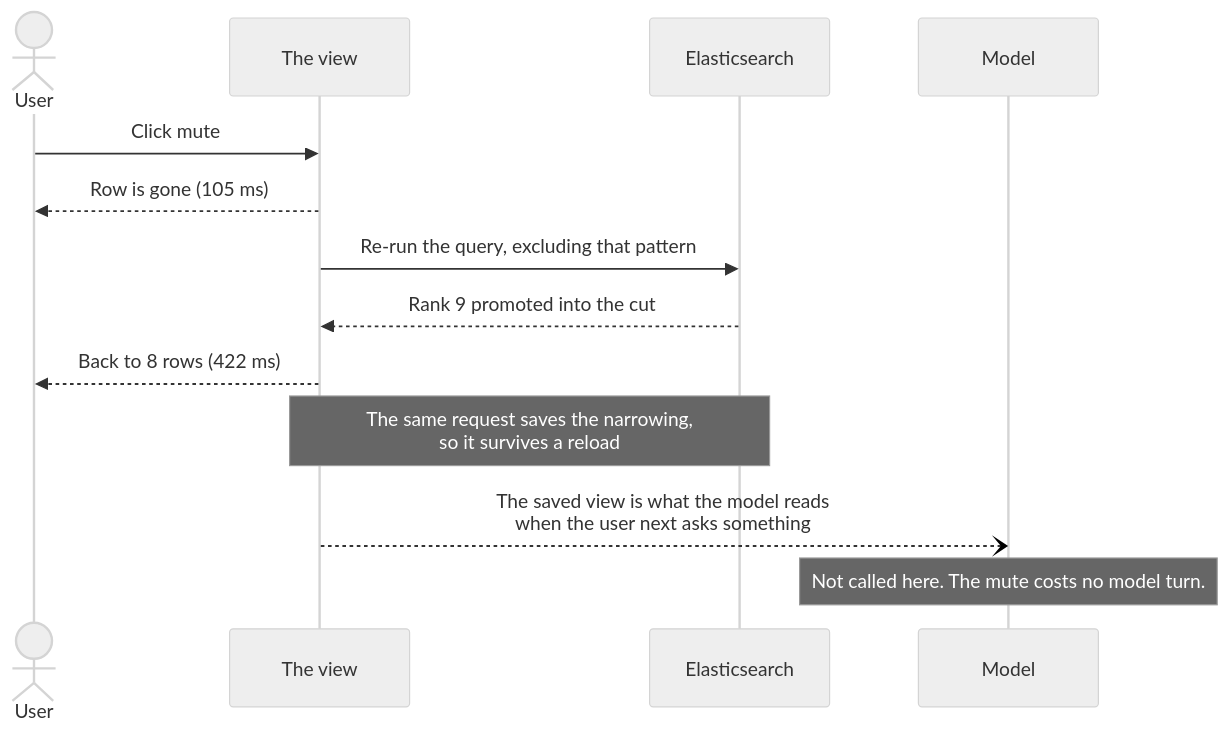
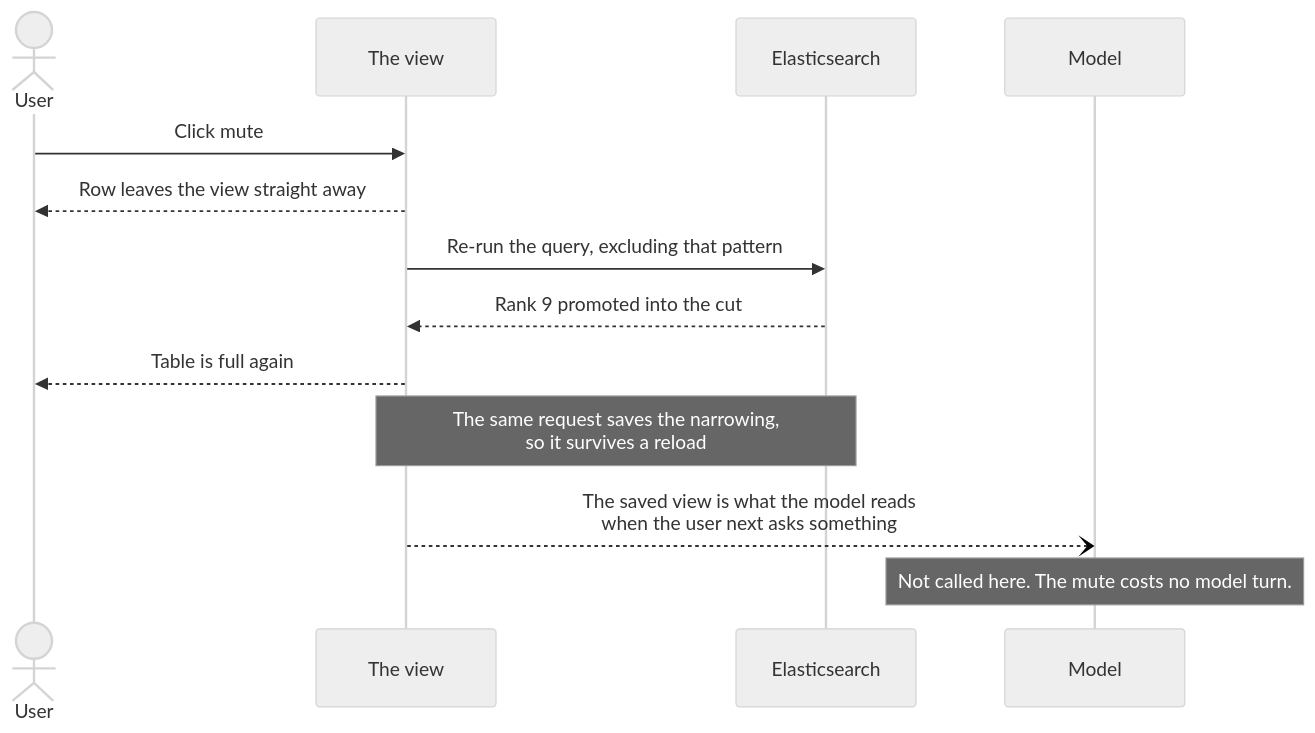
One commit to weltenwort/kibana changed the second of 2 diagrams in __tmp__/6059-comment-1-journey.md. Above: the diagram before and after it, drawn with Mermaid (neutral theme). The commit also changed other lines of this file and 13 other files, not shown here.

````diff
--- a/__tmp__/6059-comment-1-journey.md
+++ b/__tmp__/6059-comment-1-journey.md
@@ -182,16 +194,16 @@
 ```mermaid
 sequenceDiagram
     actor U as User
     participant V as The view
     participant ES as Elasticsearch
     participant M as Model
 
     U->>V: Click mute
-    V-->>U: Row is gone (105 ms)
+    V-->>U: Row leaves the view straight away
     V->>ES: Re-run the query, excluding that pattern
     ES-->>V: Rank 9 promoted into the cut
-    V-->>U: Back to 8 rows (422 ms)
+    V-->>U: Table is full again
     Note over V,ES: The same request saves the narrowing,<br/>so it survives a reload
     V--)M: The saved view is what the model reads<br/>when the user next asks something
     Note over M: Not called here. The mute costs no model turn.
 ```
````
